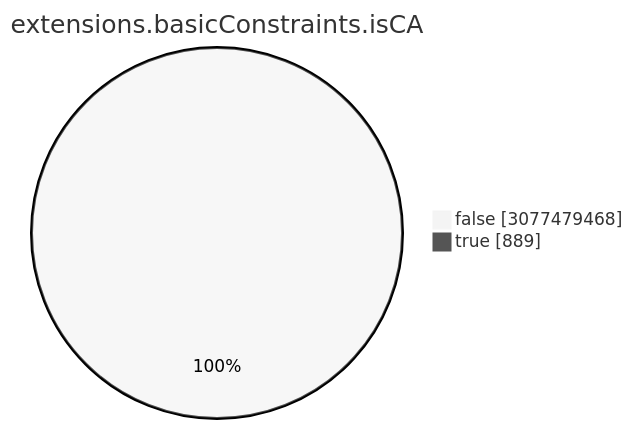
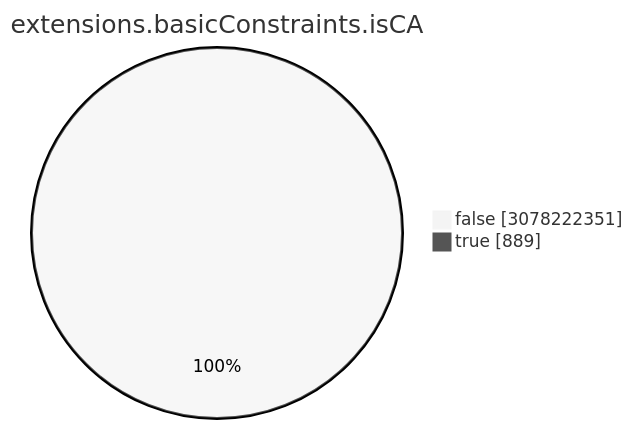
Before and after one commit to christiankrug/ctmonitor_visualization: the seventh of 15 diagrams in TOTAL/README.md, drawn with Mermaid (neutral theme). The commit also changed other lines of this file, not shown here.

````diff
--- a/TOTAL/README.md
+++ b/TOTAL/README.md
@@ -3086,6 +3086,6 @@
 ```mermaid
 pie showData
 title extensions.basicConstraints.isCA
-"false" :3077479468
+"false" :3078222351
 "true" :889
 ```
````
